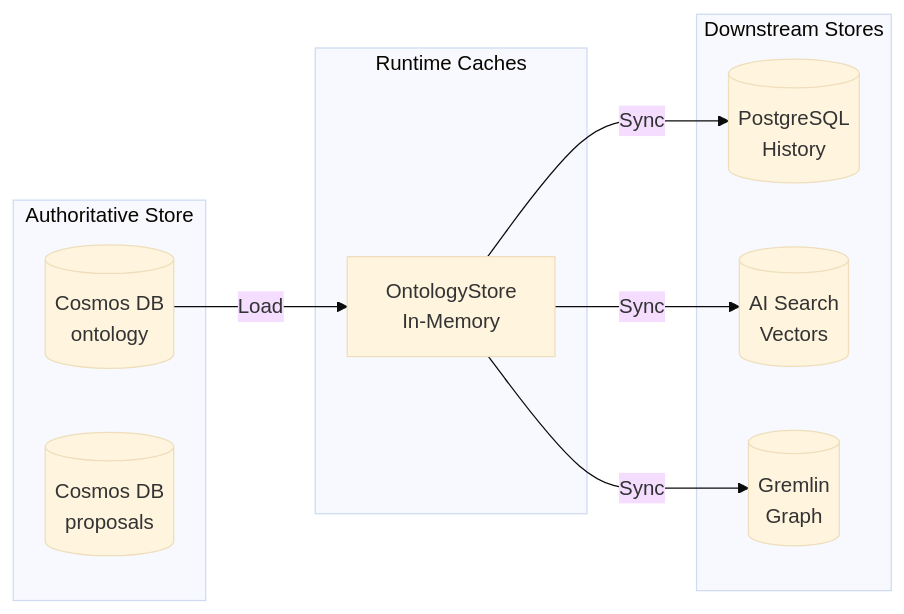
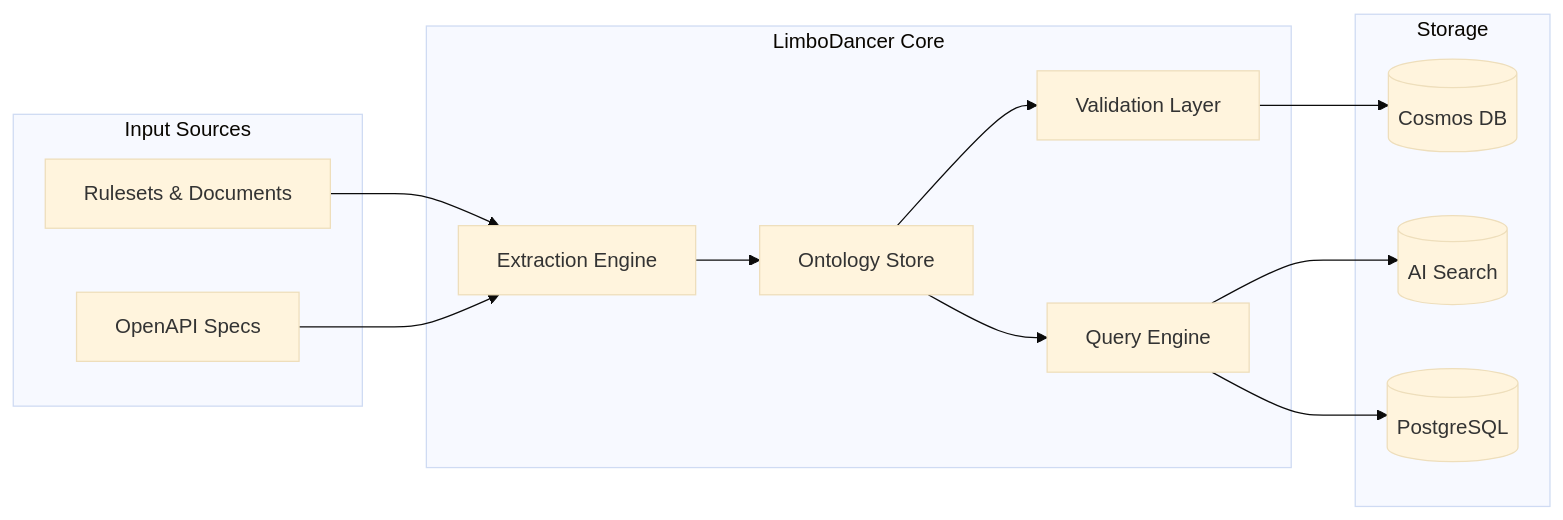
The first of 2 diagrams in docs/limbodancer-system-design.md (LimboDancer-Canary/LimboDancer.MCP), drawn with Mermaid (base theme) before and after one commit. The commit also changed other lines of this file and 1 other file, not shown here.

````diff
--- a/docs/limbodancer-system-design.md
+++ b/docs/limbodancer-system-design.md
@@ -197,22 +27,29 @@
 ```mermaid
-flowchart LR
-  subgraph "Authoritative Store"
-    CS[(Cosmos DB<br/>ontology)]
-    CP[(Cosmos DB<br/>proposals)]
+graph LR
+  subgraph "Input Sources"
+    RS[Rulesets & Documents]
+    API[OpenAPI Specs]
   end
   
-  subgraph "Runtime Caches"
-    OS[OntologyStore<br/>In-Memory]
+  subgraph "LimboDancer Core"
+    EXT[Extraction Engine]
+    ONT[Ontology Store]
+    VAL[Validation Layer]
+    QE[Query Engine]
   end
   
-  subgraph "Downstream Stores"
-    PG[(PostgreSQL<br/>History)]
-    AI[(AI Search<br/>Vectors)]
-    GR[(Gremlin<br/>Graph)]
+  subgraph "Storage"
+    PG[(PostgreSQL)]
+    CS[(Cosmos DB)]
+    AI[(AI Search)]
   end
   
-  CS -->|Load| OS
-  OS -->|Sync| PG
-  OS -->|Sync| AI
-  OS -->|Sync| GR
+  RS --> EXT
+  API --> EXT
+  EXT --> ONT
+  ONT --> VAL
+  VAL --> CS
+  ONT --> QE
+  QE --> AI
+  QE --> PG
 ```
````
